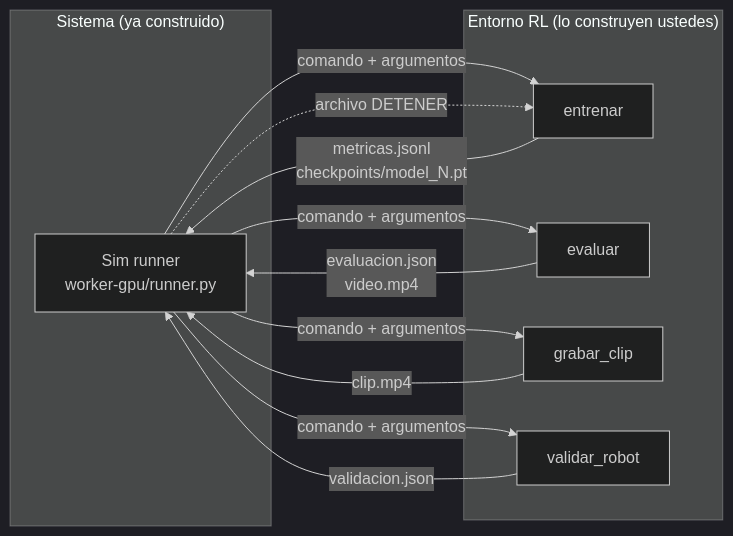
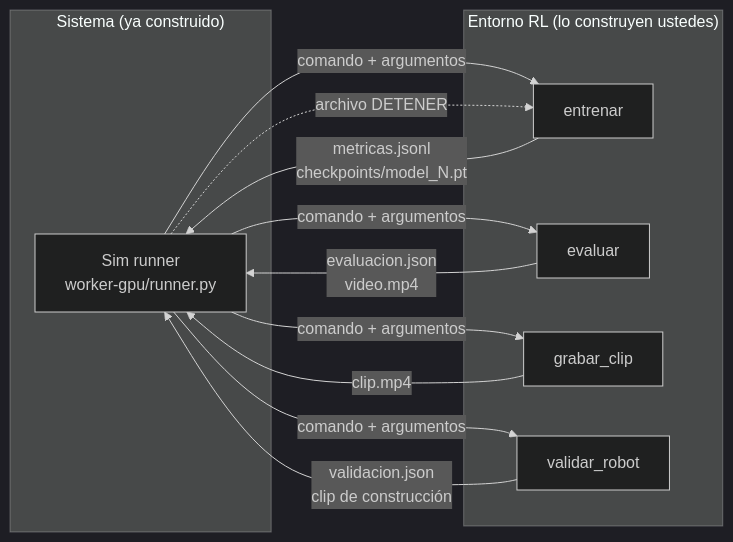
One commit to platanus-hack/platanus-hack-26-cl-team-4 changed the diagram in docs/contrato-entorno-rl.md. Above: the diagram before and after it, drawn with Mermaid (dark theme). The commit also changed other lines of this file and 8 other files, not shown here.

````diff
--- a/docs/contrato-entorno-rl.md
+++ b/docs/contrato-entorno-rl.md
@@ -7,18 +7,18 @@
 ```mermaid
 flowchart LR
   subgraph SIS["Sistema (ya construido)"]
     RUN["Sim runner<br/>worker-gpu/runner.py"]
   end
   subgraph ENV["Entorno RL (lo construyen ustedes)"]
     E1["entrenar"]
     E2["evaluar"]
     E3["grabar_clip"]
     E4["validar_robot"]
   end
   RUN -->|"comando + argumentos"| E1 & E2 & E3 & E4
   E1 -->|"metricas.jsonl<br/>checkpoints/model_N.pt"| RUN
   E2 -->|"evaluacion.json<br/>video.mp4"| RUN
   E3 -->|"clip.mp4"| RUN
-  E4 -->|"validacion.json"| RUN
+  E4 -->|"validacion.json<br/>clip de construcción"| RUN
   RUN -.->|"archivo DETENER"| E1
 ```
````
